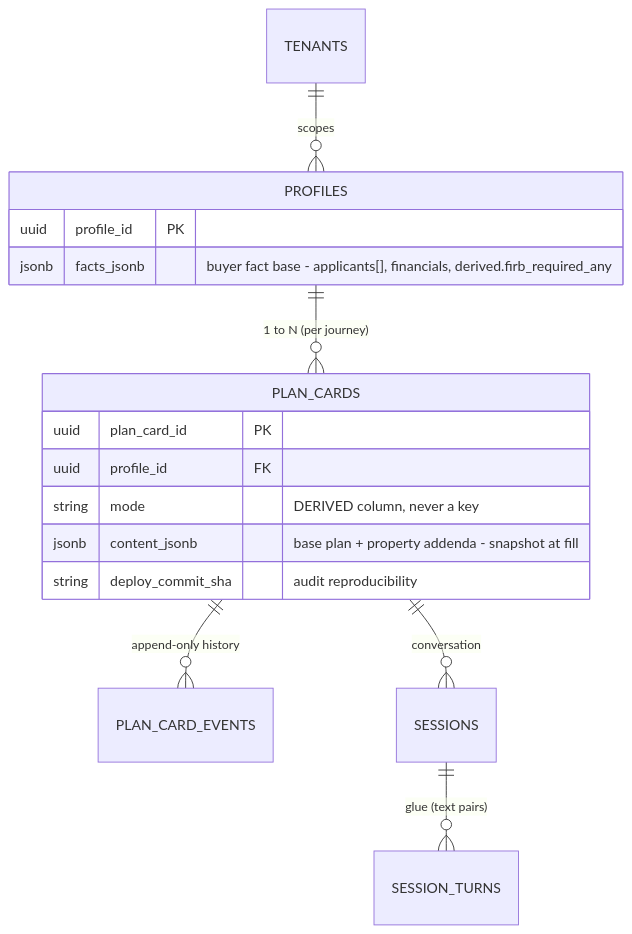
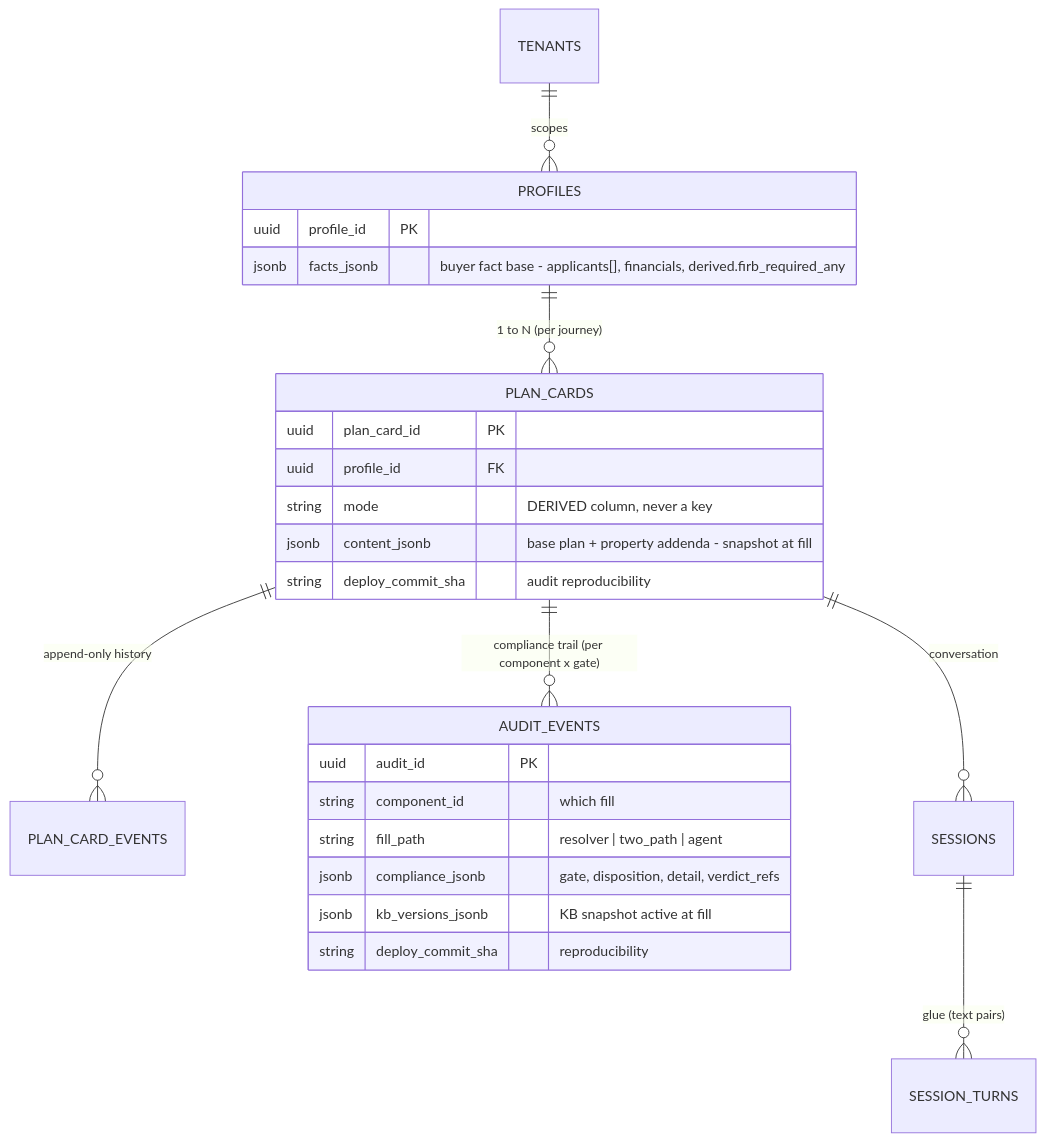
One commit to s27183/ancu changed the sixth of 8 diagrams in docs/architecture/structure-map.md. Above: the diagram before and after it, drawn with Mermaid. The commit also changed other lines of this file and 13 other files, not shown here.

````diff
--- a/docs/architecture/structure-map.md
+++ b/docs/architecture/structure-map.md
@@ -211,20 +212,29 @@
 ```mermaid
 erDiagram
   TENANTS ||--o{ PROFILES : "scopes"
   PROFILES ||--o{ PLAN_CARDS : "1 to N (per journey)"
   PLAN_CARDS ||--o{ PLAN_CARD_EVENTS : "append-only history"
+  PLAN_CARDS ||--o{ AUDIT_EVENTS : "compliance trail (per component x gate)"
   PLAN_CARDS ||--o{ SESSIONS : "conversation"
   SESSIONS ||--o{ SESSION_TURNS : "glue (text pairs)"
 
   PROFILES {
     uuid profile_id PK
     jsonb facts_jsonb "buyer fact base - applicants[], financials, derived.firb_required_any"
   }
   PLAN_CARDS {
     uuid plan_card_id PK
     uuid profile_id FK
     string mode "DERIVED column, never a key"
     jsonb content_jsonb "base plan + property addenda - snapshot at fill"
     string deploy_commit_sha "audit reproducibility"
   }
+  AUDIT_EVENTS {
+    uuid audit_id PK
+    string component_id "which fill"
+    string fill_path "resolver | two_path | agent"
+    jsonb compliance_jsonb "gate, disposition, detail, verdict_refs"
+    jsonb kb_versions_jsonb "KB snapshot active at fill"
+    string deploy_commit_sha "reproducibility"
+  }
 ```
````
